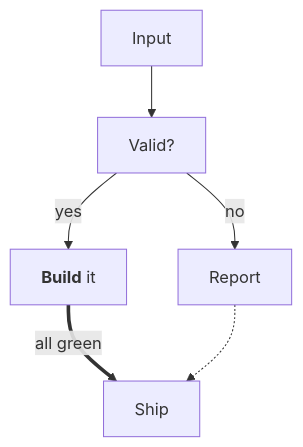
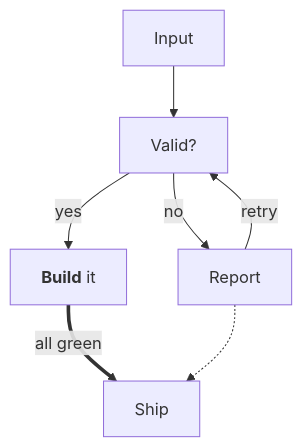
Before and after one commit to GeertBosch/mdcat: the third of 8 diagrams in README.md, drawn with Mermaid. The commit also changed other lines of this file and 19 other files, not shown here.

Commit message:
Draw Mermaid cycles: reverse back edges for layout, draw them against the flow

````diff
--- a/README.md
+++ b/README.md
@@ -236,8 +236,9 @@
 ```mermaid
 graph TD
     input[Input] --> check[Valid?]
     check -->|yes| build["`**Build** it`"]
     check -->|no| report[Report]
     build == all green ==> ship[Ship]
     report -.-> ship
+    report -->|retry| check
 ```
````
